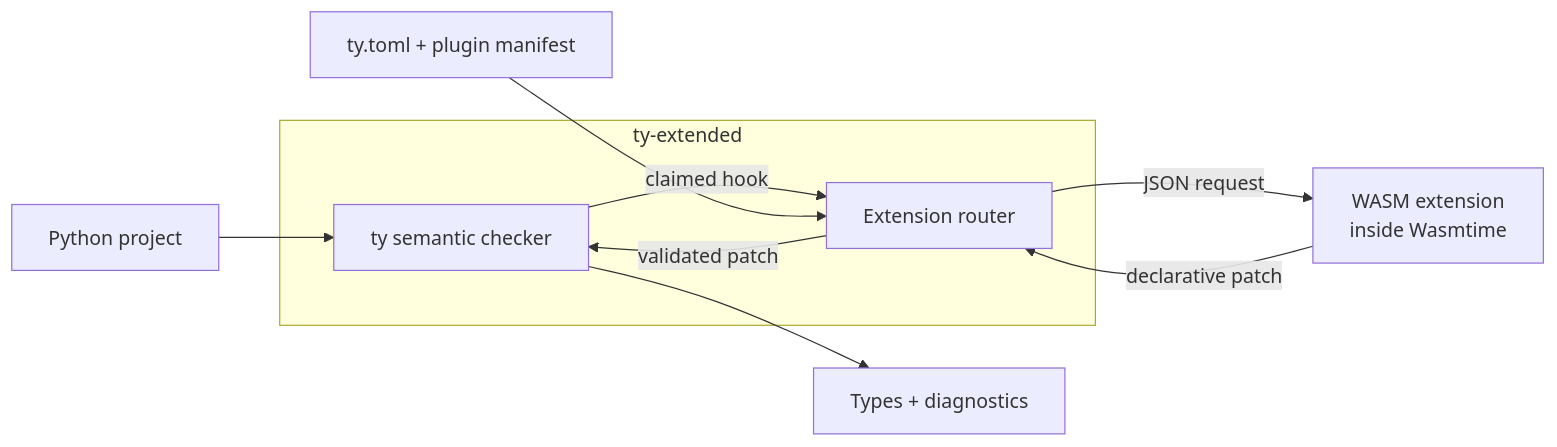
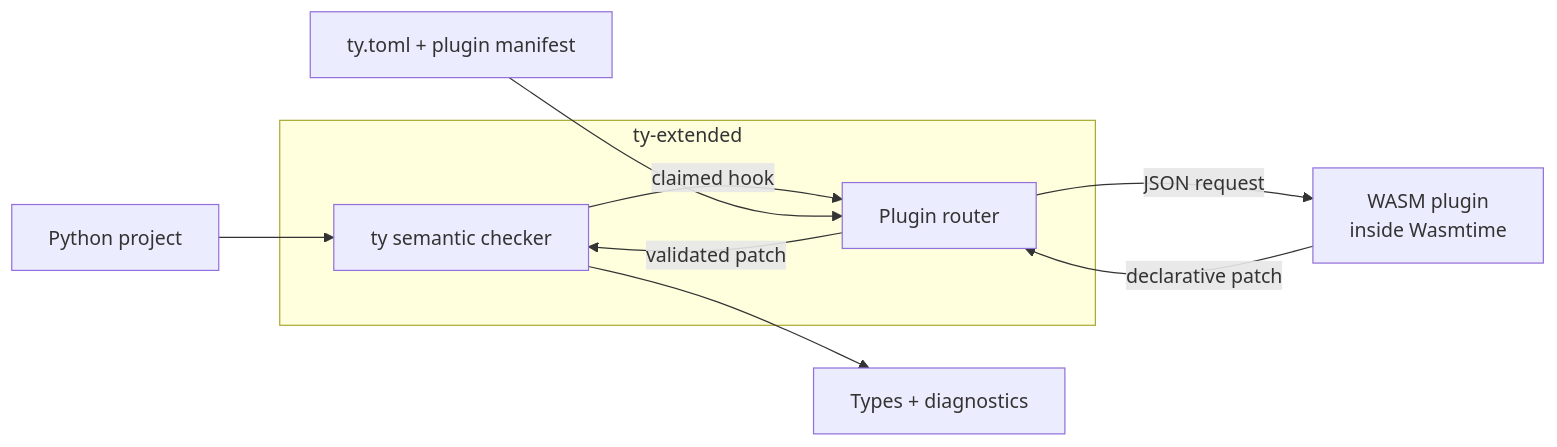
One commit to regularkevvv/ty-extended changed the diagram in README.md. Above: the diagram before and after it, drawn with Mermaid. The commit also changed other lines of this file and 12 other files, not shown here.

````diff
--- a/README.md
+++ b/README.md
@@ -31,13 +31,13 @@
 ```mermaid
 flowchart LR
     subgraph host["ty-extended"]
-        checker["ty semantic checker"] -->|claimed hook| router["Extension router"]
+        checker["ty semantic checker"] -->|claimed hook| router["Plugin router"]
         router -->|validated patch| checker
     end
 
     project["Python project"] --> checker
     config["ty.toml + plugin manifest"] --> router
-    router -->|JSON request| wasm["WASM extension<br/>inside Wasmtime"]
+    router -->|JSON request| wasm["WASM plugin<br/>inside Wasmtime"]
     wasm -->|declarative patch| router
     checker --> output["Types + diagnostics"]
 ```
````
